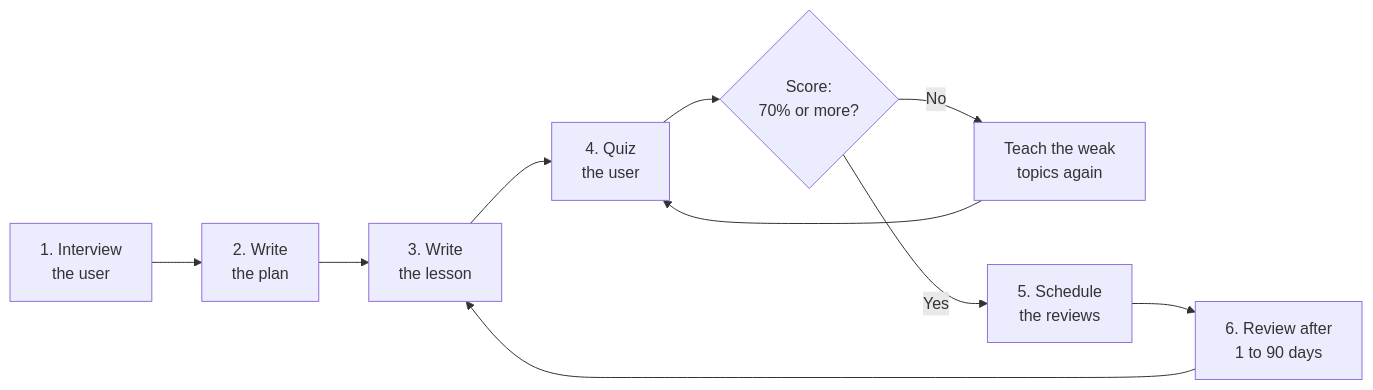
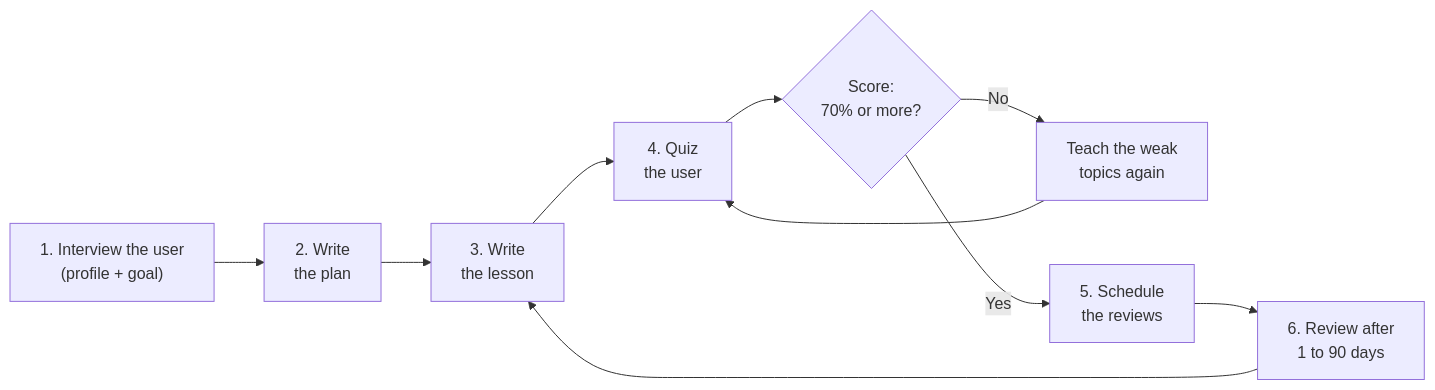
The diagram in README.md (Mohamed-El-Sharqawy/agent-tutor), drawn with Mermaid before and after one commit. The commit also changed other lines of this file and 17 other files, not shown here.

First line of the commit message:
feat(learner-profile): interview how the learner thinks, teaching contract drives plan + lessons (v3)

````diff
--- a/README.md
+++ b/README.md
@@ -23,12 +23,12 @@
 ```mermaid
 flowchart LR
-    A["1. Interview<br/>the user"] --> B["2. Write<br/>the plan"]
+    A["1. Interview the user<br/>(profile + goal)"] --> B["2. Write<br/>the plan"]
     B --> C["3. Write<br/>the lesson"]
     C --> D["4. Quiz<br/>the user"]
     D --> E{"Score:<br/>70% or more?"}
     E -- "No" --> F["Teach the weak<br/>topics again"]
     F --> D
     E -- "Yes" --> G["5. Schedule<br/>the reviews"]
     G --> H["6. Review after<br/>1 to 90 days"]
     H --> C
 ```
````
